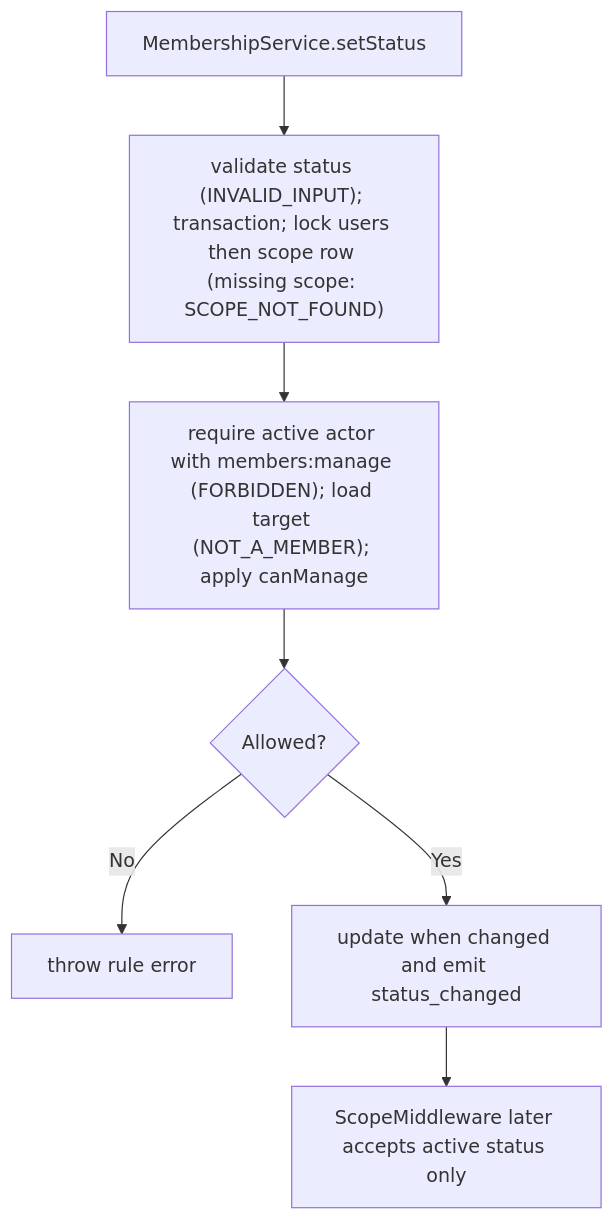
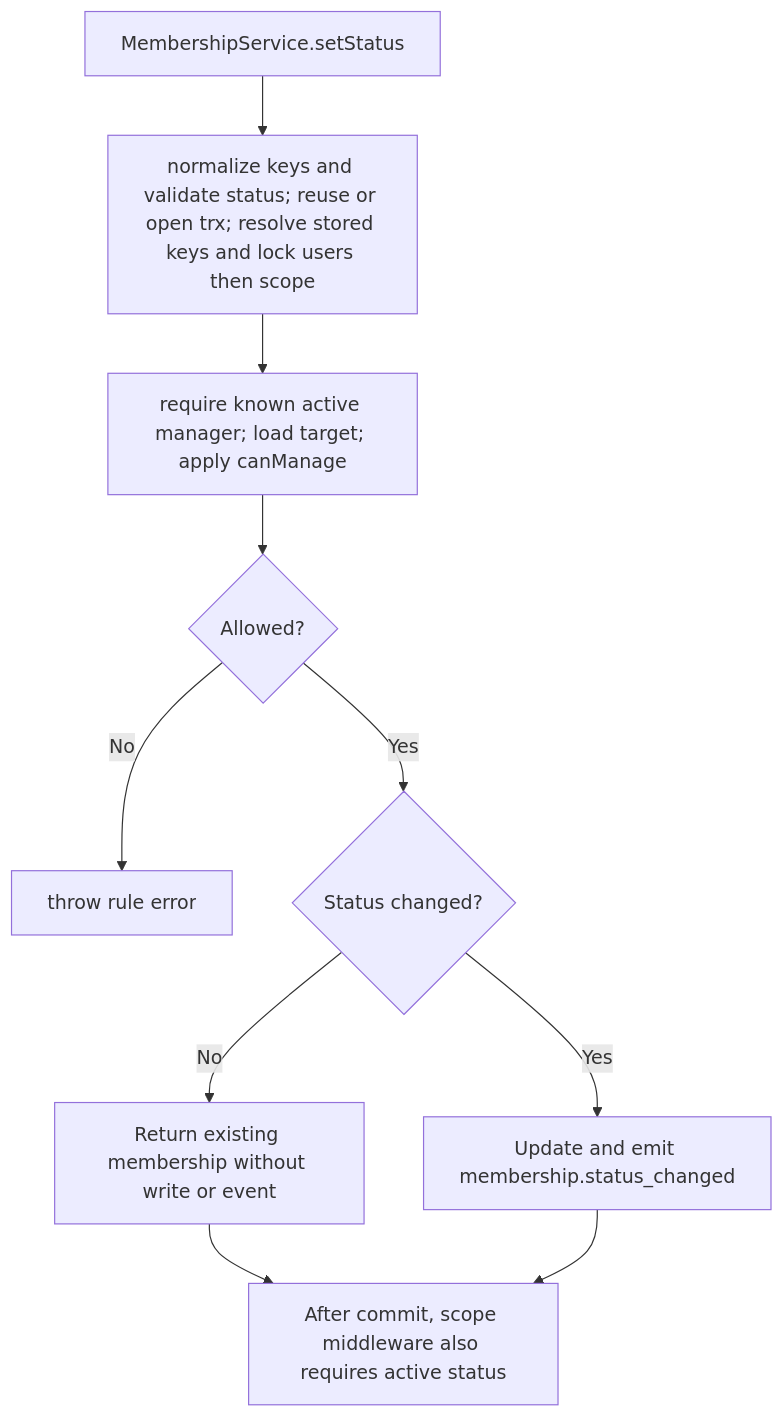
One commit to Kevinjohn/oss-adonisjs-access-control changed the second of 2 diagrams in user-stories/US-ACCESS-05-change-member-status.md. Above: the diagram before and after it, drawn with Mermaid. The commit also changed other lines of this file and 31 other files, not shown here.

````diff
--- a/user-stories/US-ACCESS-05-change-member-status.md
+++ b/user-stories/US-ACCESS-05-change-member-status.md
@@ -42,9 +42,12 @@
 ```mermaid
 flowchart TD
-    A["MembershipService.setStatus"] --> B["validate status (INVALID_INPUT); transaction; lock users then scope row (missing scope: SCOPE_NOT_FOUND)"]
-    B --> C["require active actor with members:manage (FORBIDDEN); load target (NOT_A_MEMBER); apply canManage"]
+    A["MembershipService.setStatus"] --> B["normalize keys and validate status; reuse or open trx; resolve stored keys and lock users then scope"]
+    B --> C["require known active manager; load target; apply canManage"]
     C --> D{"Allowed?"}
     D -->|No| E["throw rule error"]
-    D -->|Yes| F["update when changed and emit status_changed"]
-    F --> G["ScopeMiddleware later accepts active status only"]
+    D -->|Yes| F{"Status changed?"}
+    F -->|No| H["Return existing membership without write or event"]
+    F -->|Yes| I["Update and emit membership.status_changed"]
+    H --> G["After commit, scope middleware also requires active status"]
+    I --> G
 ```
````
